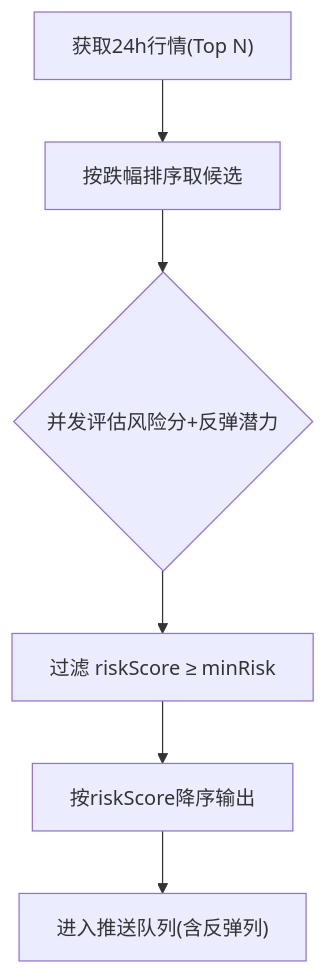
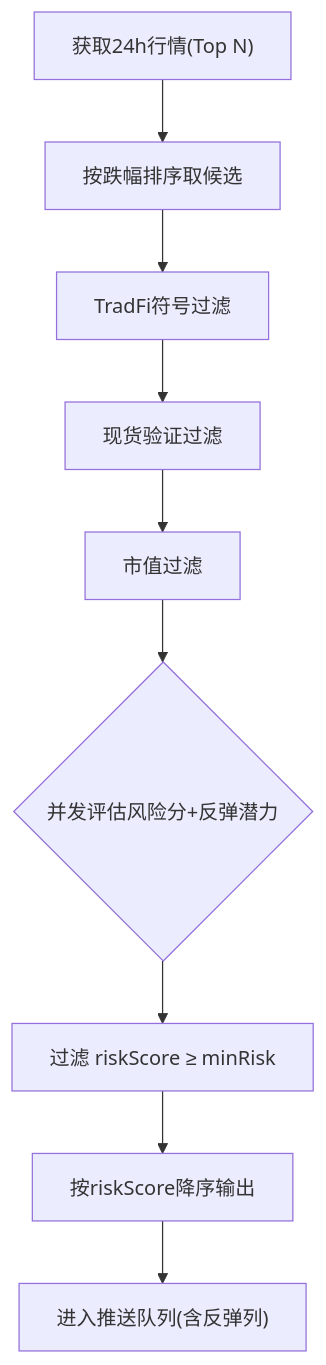
One commit to kekexilinan/BinaceSmart changed the sixth of 10 diagrams in .qoder/repowiki/zh/content/核心功能模块/暴跌风险预警.md. Above: the diagram before and after it, drawn with Mermaid. The commit also changed other lines of this file and 63 other files, not shown here.

````diff
--- a/.qoder/repowiki/zh/content/核心功能模块/暴跌风险预警.md
+++ b/.qoder/repowiki/zh/content/核心功能模块/暴跌风险预警.md
@@ -293,8 +387,11 @@
 ```mermaid
 flowchart TD
 A["获取24h行情(Top N)"] --> B["按跌幅排序取候选"]
-B --> C{"并发评估风险分+反弹潜力"}
-C --> D["过滤 riskScore ≥ minRisk"]
-D --> E["按riskScore降序输出"]
-E --> F["进入推送队列(含反弹列)"]
+B --> C["TradFi符号过滤"]
+C --> D["现货验证过滤"]
+D --> E["市值过滤"]
+E --> F{"并发评估风险分+反弹潜力"}
+F --> G["过滤 riskScore ≥ minRisk"]
+G --> H["按riskScore降序输出"]
+H --> I["进入推送队列(含反弹列)"]
 ```
````
